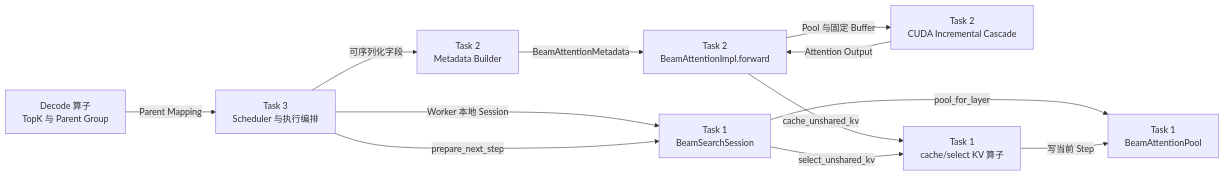
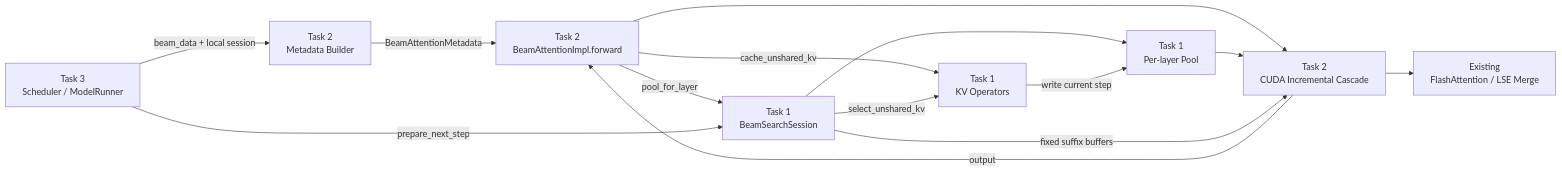
Before and after one commit to ZhiYunpenghuawei/p1: the first of 7 diagrams in [Task 2] 增量解码 Attention 计算路径.md, drawn with Mermaid. The commit also changed other lines of this file, not shown here.

Commit message:
Update [Task 2] 增量解码 Attention 计算路径.md

````diff
--- a/[Task 2] 增量解码 Attention 计算路径.md
+++ b/[Task 2] 增量解码 Attention 计算路径.md
@@ -29,23 +49,25 @@
 ```mermaid
 flowchart LR
-    S[Task 3<br/>Scheduler 与执行编排]
-    M[Task 2<br/>Metadata Builder]
-    F[Task 2<br/>BeamAttentionImpl.forward]
-    C[Task 2<br/>CUDA Incremental Cascade]
-    P[Task 1<br/>BeamAttentionPool]
-    SS[Task 1<br/>BeamSearchSession]
-    O[Task 1<br/>cache/select KV 算子]
-    D[Decode 算子<br/>TopK 与 Parent Group]
+    T3[Task 3<br/>Scheduler / ModelRunner]
+    MB[Task 2<br/>Metadata Builder]
+    FW[Task 2<br/>BeamAttentionImpl.forward]
+    GPU[Task 2<br/>CUDA Incremental Cascade]
+    SESSION[Task 1<br/>BeamSearchSession]
+    POOL[Task 1<br/>Per-layer Pool]
+    OPS[Task 1<br/>KV Operators]
+    FA[Existing<br/>FlashAttention / LSE Merge]
 
-    S -->|可序列化字段| M
-    S -->|Worker 本地 Session| SS
-    M -->|BeamAttentionMetadata| F
-    SS -->|pool_for_layer| P
-    F -->|cache_unshared_kv| O
-    O -->|写当前 Step| P
-    F -->|Pool 与固定 Buffer| C
-    C -->|Attention Output| F
-    D -->|Parent Mapping| S
-    S -->|prepare_next_step| SS
-    SS -->|select_unshared_kv| O
+    T3 -->|beam_data + local session| MB
+    MB -->|BeamAttentionMetadata| FW
+    FW -->|pool_for_layer| SESSION
+    SESSION --> POOL
+    FW -->|cache_unshared_kv| OPS
+    OPS -->|write current step| POOL
+    FW --> GPU
+    POOL --> GPU
+    SESSION -->|fixed suffix buffers| GPU
+    GPU --> FA
+    GPU -->|output| FW
+    T3 -->|prepare_next_step| SESSION
+    SESSION -->|select_unshared_kv| OPS
 ```
````
